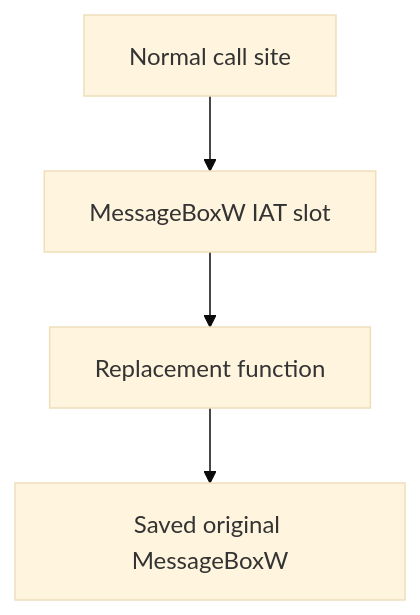
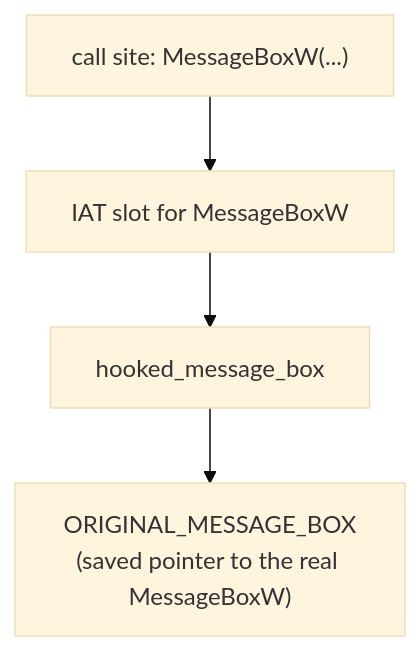
One commit to MustCodeAl/rust-game-hacking-book changed the first of 2 diagrams in _pages/08-in-process-tools-interfaces/04-hook-your-own-import-table.md. Above: the diagram before and after it, drawn with Mermaid (base theme). The commit also changed other lines of this file and 52 other files, not shown here.

First line of the commit message:
Add figures and diagrams across Chapters 3 to 13

````diff
--- a/_pages/08-in-process-tools-interfaces/04-hook-your-own-import-table.md
+++ b/_pages/08-in-process-tools-interfaces/04-hook-your-own-import-table.md
@@ -35,6 +35,6 @@
 ```mermaid
 flowchart TD
-    A["Normal call site"] --> B["MessageBoxW IAT slot"]
-    B --> C["Replacement function"]
-    C --> D["Saved original MessageBoxW"]
+    A["call site: MessageBoxW(...)"] --> B["IAT slot for MessageBoxW"]
+    B --> C["hooked_message_box"]
+    C --> D["ORIGINAL_MESSAGE_BOX<br/>(saved pointer to the real MessageBoxW)"]
 ```
````
